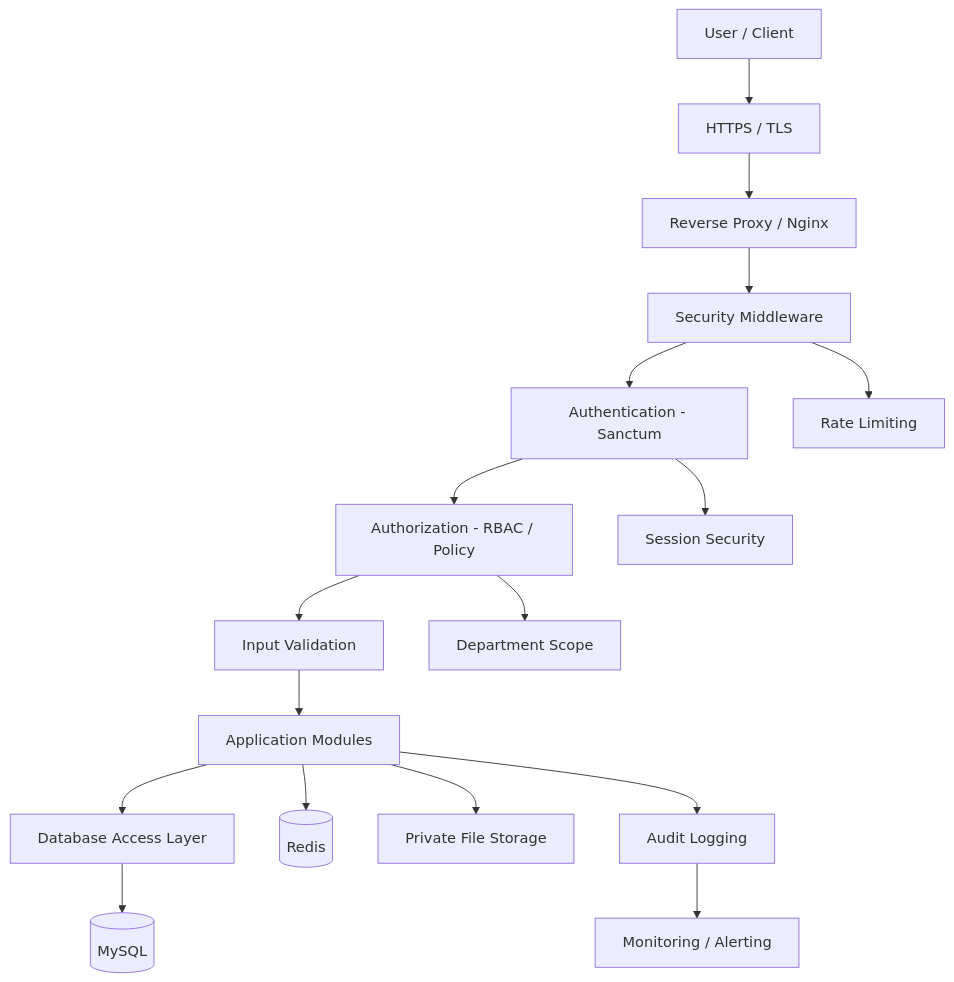
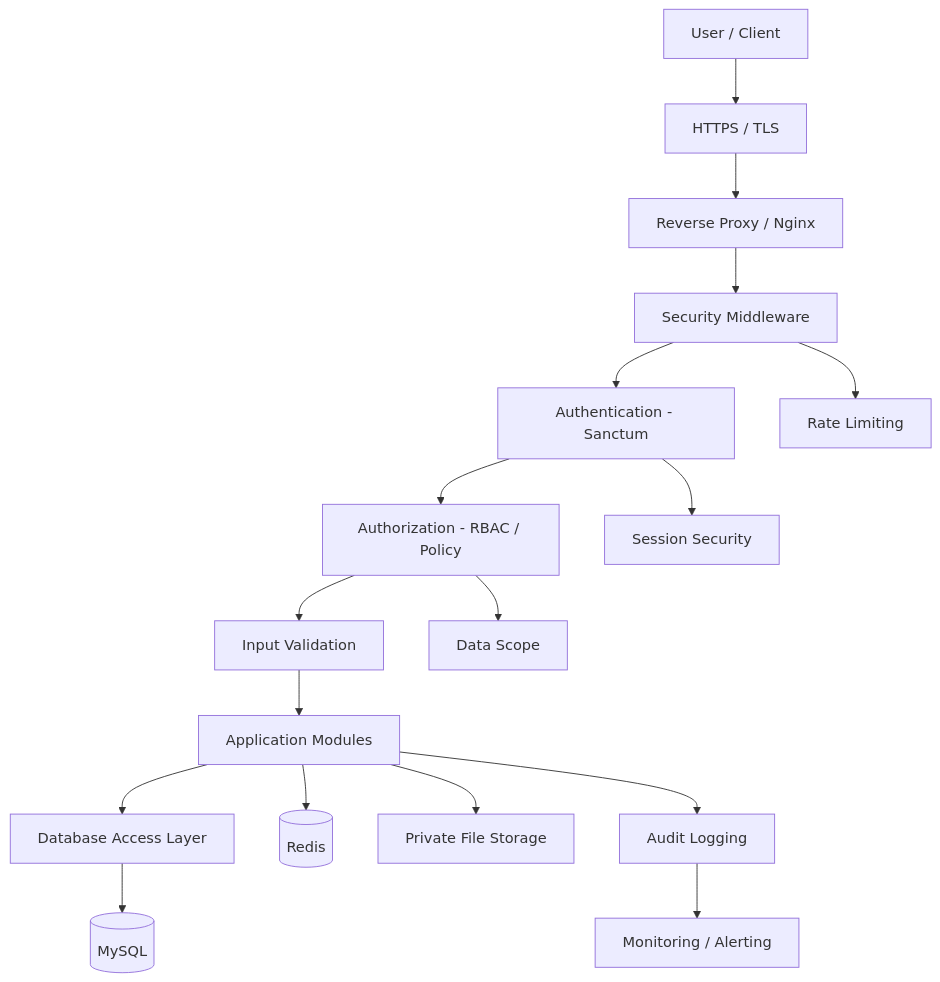
One commit to AhmadKris/laravel-base changed the first of 3 diagrams in docs/SECURITY_SPECIFICATION.md. Above: the diagram before and after it, drawn with Mermaid. The commit also changed other lines of this file and 73 other files, not shown here.

````diff
--- a/docs/SECURITY_SPECIFICATION.md
+++ b/docs/SECURITY_SPECIFICATION.md
@@ -112,20 +112,20 @@
 ```mermaid
 flowchart TD
     A[User / Client] --> B[HTTPS / TLS]
     B --> C[Reverse Proxy / Nginx]
     C --> D[Security Middleware]
     D --> E[Authentication - Sanctum]
     E --> F[Authorization - RBAC / Policy]
     F --> G[Input Validation]
     G --> H[Application Modules]
     H --> I[Database Access Layer]
     I --> J[(MySQL)]
     H --> K[(Redis)]
     H --> L[Private File Storage]
 
     D --> M[Rate Limiting]
     E --> N[Session Security]
-    F --> O[Department Scope]
+    F --> O[Data Scope]
     H --> P[Audit Logging]
     P --> Q[Monitoring / Alerting]
 ```
````
